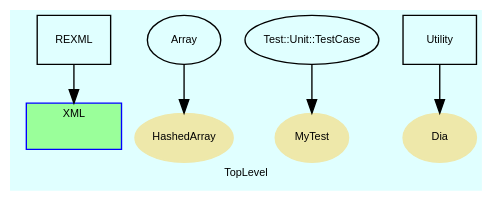
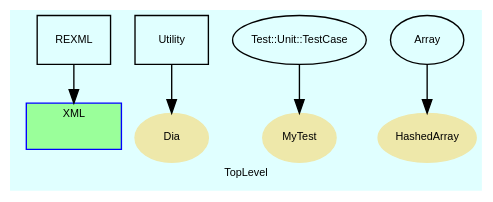
Before and after one commit to noda50/RubyItk: the diagram in doc/dot/f_1.dot, drawn with Graphviz. The commit also changed other lines of this file and 188 other files, not shown here.

```diff
--- a/doc/dot/f_1.dot
+++ b/doc/dot/f_1.dot
@@ -1,94 +1,94 @@
 digraph TopLevel {
     fontname = Arial
+    fontsize = 8
+    compound = true
     bgcolor = lightcyan1
     label = "TopLevel"
-    fontsize = 8
-    compound = true
     node [
         fontname = Arial,
         fontsize = 8,
         color = black
     ]
 
     subgraph cluster_XML {
+        URL = "classes/XML.html"
         fontname = Arial
         fillcolor = palegreen1
-        URL = "classes/XML.html"
+        color = blue
+        label = "XML"
         style = filled
-        label = "XML"
-        color = blue
         XML [
             width = 0.75,
             shape = plaintext,
             height = 0.01,
             label = ""
         ]
 
     }
 
     REXML [
         URL = "classes/REXML.html",
         shape = box,
         label = "REXML"
     ]
 
     REXML -> XML [
         lhead = cluster_XML
     ]
 
-    HashedArray [
-        URL = "classes/HashedArray.html",
+    Dia [
+        URL = "classes/Dia.html",
+        fontcolor = black,
+        shape = ellipse,
+        color = palegoldenrod,
         style = filled,
-        fontcolor = black,
-        color = palegoldenrod,
-        shape = ellipse,
-        label = "HashedArray"
+        label = "Dia"
     ]
 
     MyTest [
         URL = "classes/MyTest.html",
+        fontcolor = black,
+        shape = ellipse,
+        color = palegoldenrod,
         style = filled,
-        fontcolor = black,
-        color = palegoldenrod,
-        shape = ellipse,
         label = "MyTest"
     ]
 
-    Dia [
-        URL = "classes/Dia.html",
+    HashedArray [
+        URL = "classes/HashedArray.html",
+        fontcolor = black,
+        shape = ellipse,
+        color = palegoldenrod,
         style = filled,
-        fontcolor = black,
-        color = palegoldenrod,
-        shape = ellipse,
-        label = "Dia"
+        label = "HashedArray"
     ]
 
-    Array [
-        URL = "classes/Array.html",
-        label = "Array"
+    Utility [
+        URL = "classes/Utility.html",
+        shape = box,
+        label = "Utility"
     ]
 
-    Array -> HashedArray [
+    Utility -> Dia [
 
     ]
 
     Test__Unit__TestCase [
         URL = "classes/Test/Unit/TestCase.html",
         label = "Test::Unit::TestCase"
     ]
 
     Test__Unit__TestCase -> MyTest [
 
     ]
 
-    Utility [
-        URL = "classes/Utility.html",
-        shape = box,
-        label = "Utility"
+    Array [
+        URL = "classes/Array.html",
+        label = "Array"
     ]
 
-    Utility -> Dia [
+    Array -> HashedArray [
 
     ]
 
 }
```
